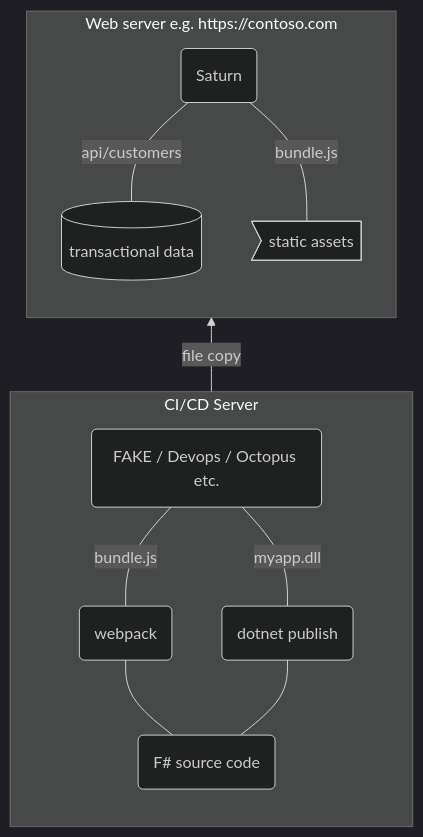
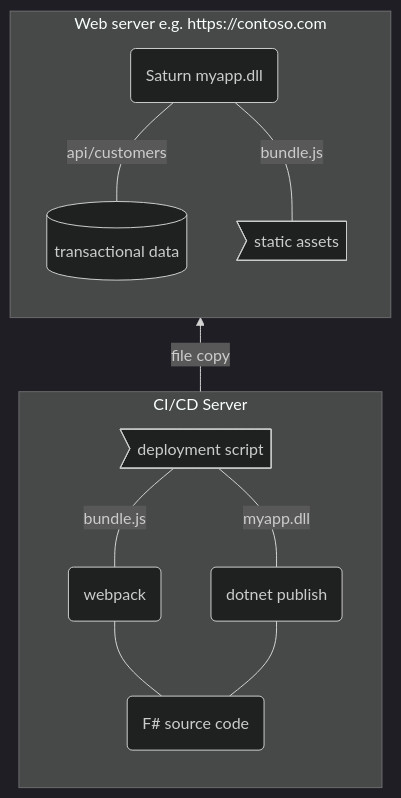
Before and after one commit to SAFE-Stack/docs: the second of 2 diagrams in docs/faq-build.md, drawn with Mermaid (dark theme). The commit also changed 8 other files, not shown here.

````diff
--- a/docs/faq-build.md
+++ b/docs/faq-build.md
@@ -37,24 +37,24 @@
 ```mermaid
 flowchart BT
 subgraph dest[Web server e.g. https://contoso.com]
-saturn(Saturn)
+saturn(Saturn myapp.dll)
 db[(transactional data)]
 assets>static assets]
 saturn -- api/customers --- db
 saturn -- bundle.js --- assets
 end
 
 subgraph src[CI/CD Server]
-exec(FAKE / Devops / Octopus etc.)
+exec>deployment script]
 webpack(webpack)
 dotnet(dotnet publish)
 source(F# source code)
 exec -- bundle.js --- webpack
 exec -- myapp.dll --- dotnet
 webpack --- source
 dotnet --- source
 end
 
 src -- file copy --> dest
 
 ```
````
